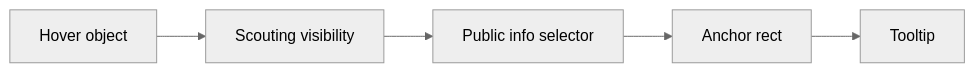
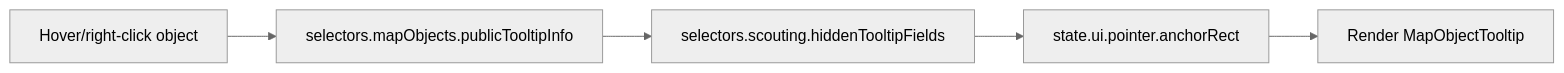
One commit to SunaNoOshiro/Heroes_Reforged_AI_Realms changed the second of 5 diagrams in docs/architecture/wiki/screens/18-map-object-tooltip/architecture.md. Above: the diagram before and after it, drawn with Mermaid (neutral theme). The commit also changed other lines of this file and 518 other files, not shown here.

First line of the commit message:
Add doc-audit skill and sweep architecture/screen docs

````diff
--- a/docs/architecture/wiki/screens/18-map-object-tooltip/architecture.md
+++ b/docs/architecture/wiki/screens/18-map-object-tooltip/architecture.md
@@ -32,8 +31,7 @@
 ```mermaid
 flowchart LR
-  L0["Hover object"] --> L1
-  L1["Scouting visibility"] --> L2
-  L2["Public info selector"] --> L3
-  L3["Anchor rect"] --> L4
-  L4["Tooltip"]
+  L0["Hover/right-click object"] --> L1["selectors.mapObjects.publicTooltipInfo"]
+  L1 --> L2["selectors.scouting.hiddenTooltipFields"]
+  L2 --> L3["state.ui.pointer.anchorRect"]
+  L3 --> L4["Render MapObjectTooltip"]
 ```
````
